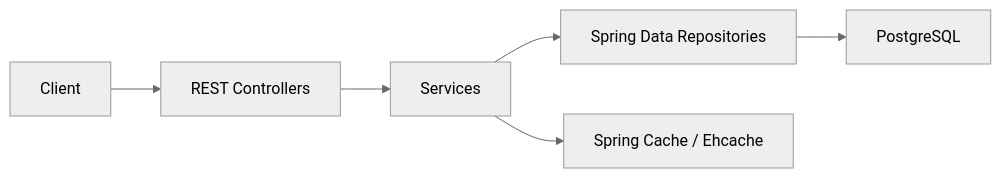
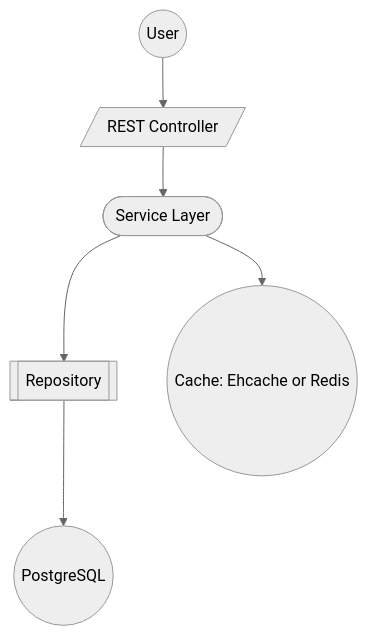
One commit to wargod797/bookingPlatform changed the diagram in README.md. Above: the diagram before and after it, drawn with Mermaid (neutral theme). The commit also changed 1 other file, not shown here.

````diff
--- a/README.md
+++ b/README.md
@@ -42,8 +42,8 @@
 ```mermaid
-flowchart LR
-    U["Client"] --> C["REST Controllers"]
-    C --> S["Services"]
-    S --> R["Spring Data Repositories"]
-    R --> DB["PostgreSQL"]
-    S --> CACHE["Spring Cache / Ehcache"]
+flowchart TD
+    U(("User")) --> C[/REST Controller/]
+    C --> S(["Service Layer"])
+    S --> R[["Repository"]]
+    R --> DB(("PostgreSQL"))
+    S --> CACHE(("Cache: Ehcache or Redis"))
 ```
````
